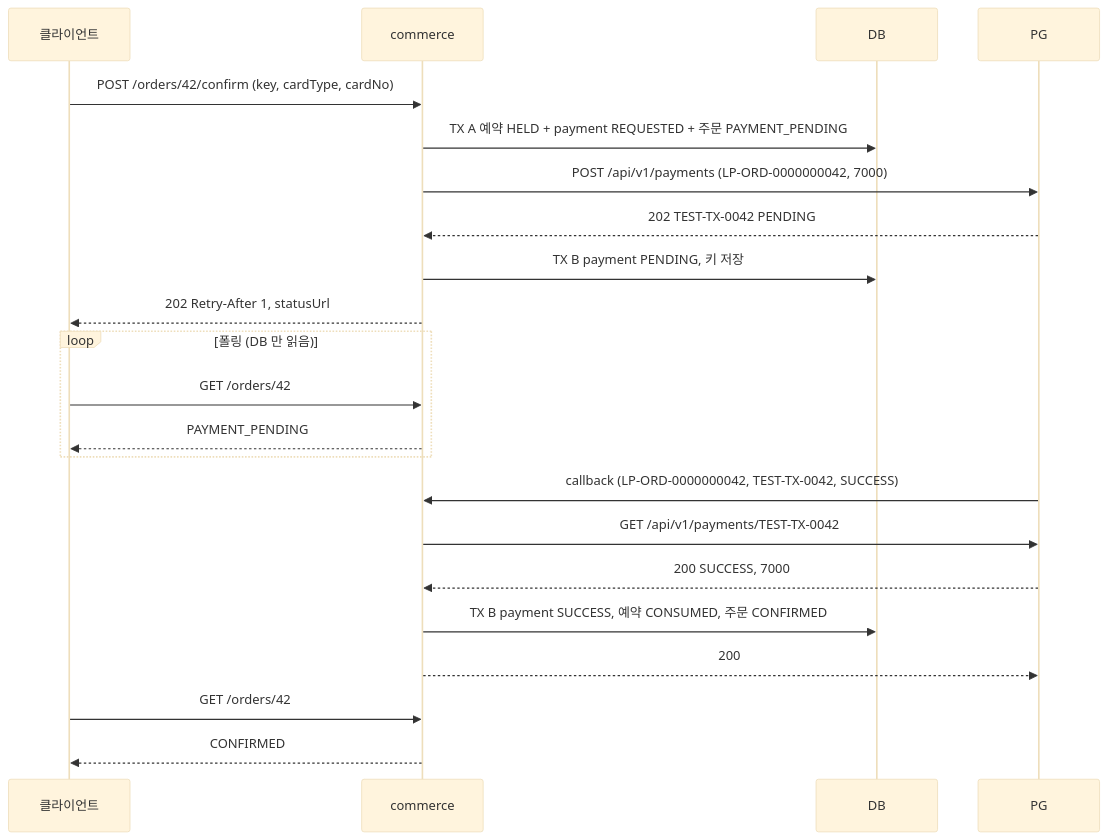
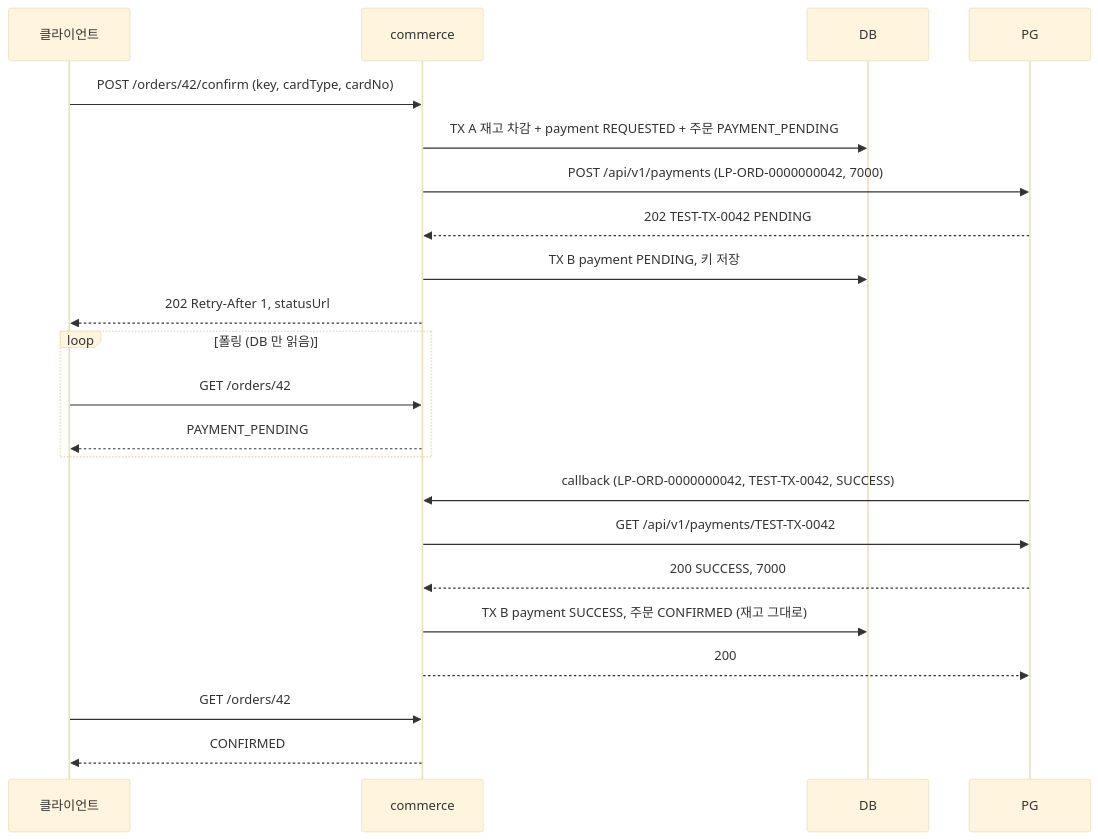
Before and after one commit to loopers-labs/loop-pack-be-l2-vol5-java: the second of 8 diagrams in docs/week5/design.md, drawn with Mermaid (base theme). The commit also changed other lines of this file and 1 other file, not shown here.

Commit message:
docs: 재고 예약을 테이블로 두지 않는다 — 수량은 order_item, 상태는 payment.status 가 이미 담는다

````diff
--- a/docs/week5/design.md
+++ b/docs/week5/design.md
@@ -250,24 +264,24 @@
 ```mermaid
 sequenceDiagram
     participant C as 클라이언트
     participant A as commerce
     participant DB
     participant PG
     C->>A: POST /orders/42/confirm (key, cardType, cardNo)
-    A->>DB: TX A 예약 HELD + payment REQUESTED + 주문 PAYMENT_PENDING
+    A->>DB: TX A 재고 차감 + payment REQUESTED + 주문 PAYMENT_PENDING
     A->>PG: POST /api/v1/payments (LP-ORD-0000000042, 7000)
     PG-->>A: 202 TEST-TX-0042 PENDING
     A->>DB: TX B payment PENDING, 키 저장
     A-->>C: 202 Retry-After 1, statusUrl
     loop 폴링 (DB 만 읽음)
         C->>A: GET /orders/42
         A-->>C: PAYMENT_PENDING
     end
     PG->>A: callback (LP-ORD-0000000042, TEST-TX-0042, SUCCESS)
     A->>PG: GET /api/v1/payments/TEST-TX-0042
     PG-->>A: 200 SUCCESS, 7000
-    A->>DB: TX B payment SUCCESS, 예약 CONSUMED, 주문 CONFIRMED
+    A->>DB: TX B payment SUCCESS, 주문 CONFIRMED (재고 그대로)
     A-->>PG: 200
     C->>A: GET /orders/42
     A-->>C: CONFIRMED
 ```
````
